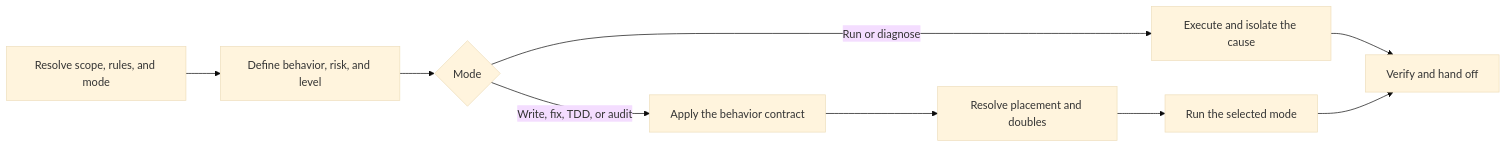
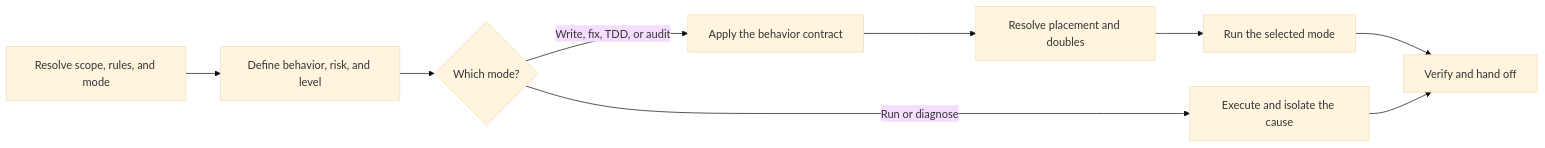
The diagram in plugin/skills/ptlam-testing/SKILL.md (fam-tung-lam/ptlam-agent-plugin), drawn with Mermaid (base theme) before and after one commit. The commit also changed 60 other files, not shown here.

First line of the commit message:
refactor(skills): make skill instructions diagram-first

````diff
--- a/plugin/skills/ptlam-testing/SKILL.md
+++ b/plugin/skills/ptlam-testing/SKILL.md
@@ -11,11 +11,11 @@
 ```mermaid
 flowchart LR
-    A[Resolve scope, rules, and mode] --> B[Define behavior, risk, and level]
-    B --> C{Mode}
-    C -- Run or diagnose --> H[Execute and isolate the cause]
-    C -- Write, fix, TDD, or audit --> E[Apply the behavior contract]
-    E --> F[Resolve placement and doubles]
-    F --> G[Run the selected mode]
-    H --> L[Verify and hand off]
-    G --> L
+    ResolveMode["Resolve scope, rules, and mode"] --> DefineBehavior["Define behavior, risk, and level"]
+    DefineBehavior --> ModeBranch{"Which mode?"}
+    ModeBranch -->|"Run or diagnose"| IsolateCause["Execute and isolate the cause"]
+    ModeBranch -->|"Write, fix, TDD, or audit"| BehaviorContract["Apply the behavior contract"]
+    BehaviorContract --> PlacementAndDoubles["Resolve placement and doubles"]
+    PlacementAndDoubles --> RunSelectedMode["Run the selected mode"]
+    RunSelectedMode --> VerifyAndHandOff["Verify and hand off"]
+    IsolateCause --> VerifyAndHandOff
 ```
````
